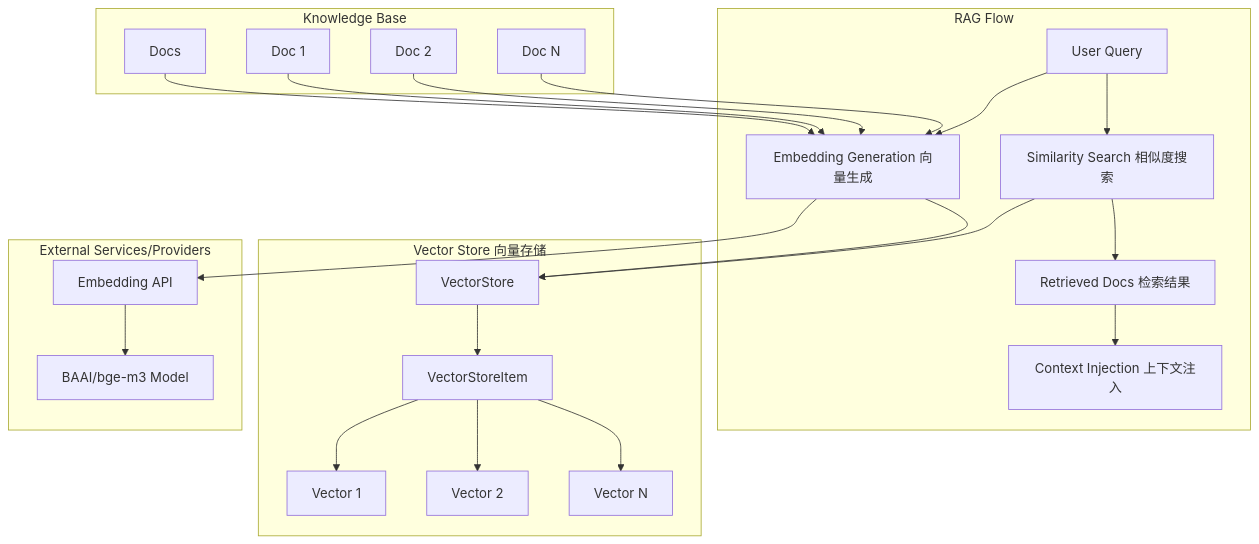
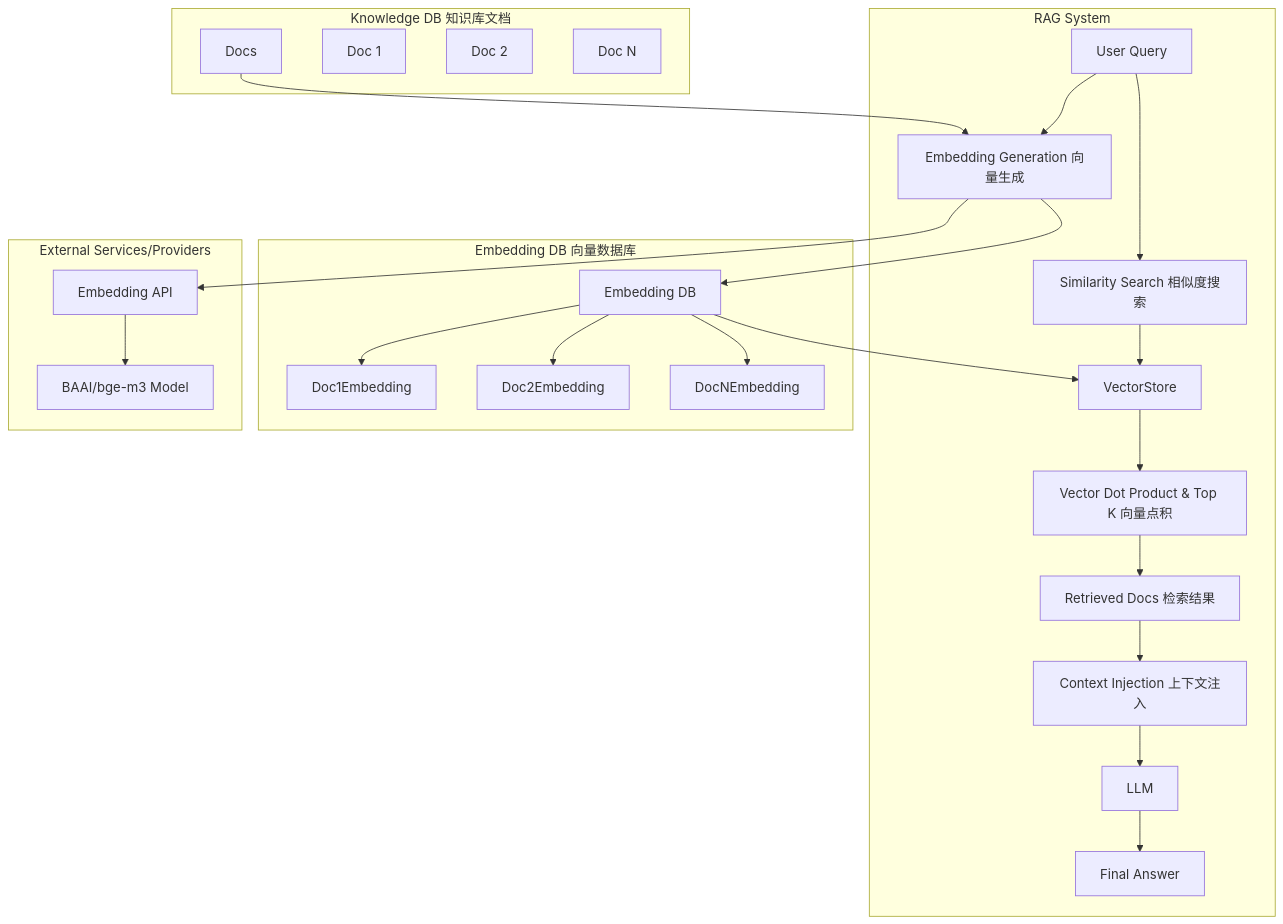
The third of 6 diagrams in README.md (NEDONION/llm-mcp-rag-typescript), drawn with Mermaid before and after one commit. The commit also changed other lines of this file, not shown here.

Commit message:
doc: updated system graph

````diff
--- a/README.md
+++ b/README.md
@@ -125,47 +141,56 @@
 ```mermaid
 graph TB
-    subgraph "RAG Flow"
-        Q[User Query]
-        E[Embedding Generation 向量生成]
-        S[Similarity Search 相似度搜索]
-        R[Retrieved Docs 检索结果]
-        C[Context Injection 上下文注入]
-    end
+  subgraph "RAG System"
+    Q[User Query]
+    E[Embedding Generation 向量生成]
+    S[Similarity Search 相似度搜索]
+    VS[VectorStore ]
+    VI[Vector Dot Product & Top K 向量点积]
+    R[Retrieved Docs 检索结果]
+    C[Context Injection 上下文注入]
+    LLM[LLM]
+    A[Final Answer]
+  end
 
-    subgraph "Vector Store 向量存储"
-        VS[VectorStore]
-        VI[VectorStoreItem]
-        V1[Vector 1]
-        V2[Vector 2]
-        VN[Vector N]
-    end
+  subgraph "Embedding DB 向量数据库"
+    DB[Embedding DB]
+    D1[Doc1Embedding]
+    D2[Doc2Embedding]
+    DN[DocNEmbedding]
+  end
 
-    subgraph "Knowledge Base"
-        KB[Docs]
-        K1[Doc 1]
-        K2[Doc 2]
-        KN[Doc N]
-    end
+  subgraph "Knowledge DB 知识库文档"
+    KB[Docs]
+    K1[Doc 1]
+    K2[Doc 2]
+    KN[Doc N]
+  end
 
-    subgraph "External Services/Providers"
-        EM[Embedding API]
-        BGE[BAAI/bge-m3 Model]
-    end
+  subgraph "External Services/Providers"
+    EM[Embedding API]
+    BGE[BAAI/bge-m3 Model]
+  end
 
-    Q --> E
-    E --> EM
-    EM --> BGE
-    KB --> E
-    K1 --> E
-    K2 --> E
-    KN --> E
-    E --> VS
-    VS --> VI
-    VI --> V1
-    VI --> V2
-    VI --> VN
-    Q --> S
-    S --> VS
-    S --> R
-    R --> C
+%% Embedding Generation
+  Q --> E
+  E --> EM
+  EM --> BGE
+
+%% Upload & Embedding
+  KB --> E
+  E --> DB
+  DB --> D1
+  DB --> D2
+  DB --> DN
+
+%% Load to VectorStore
+  DB --> VS
+  VS --> VI
+
+%% Retrieval flow
+  Q --> S
+  S --> VS
+  VI --> R
+  R --> C
+  C --> LLM --> A
 ```
````
